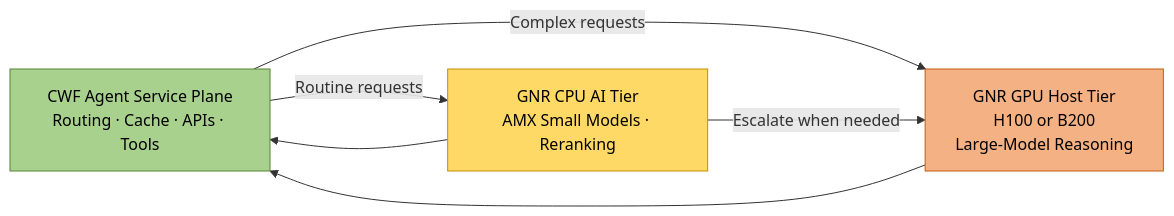
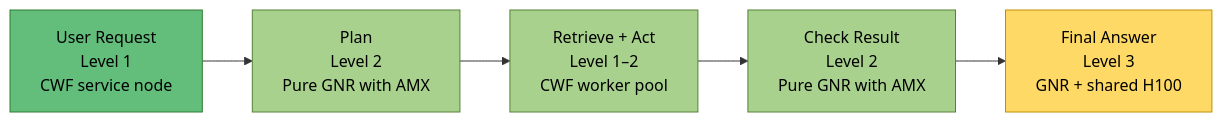
Before and after one commit to intel-ai-tce/ai-documents: the sixth of 6 diagrams in AEM/agent_workflow_optimization_cwf_gnr_gpu.md, drawn with Mermaid. The commit also changed other lines of this file, not shown here.

````diff
--- a/AEM/agent_workflow_optimization_cwf_gnr_gpu.md
+++ b/AEM/agent_workflow_optimization_cwf_gnr_gpu.md
@@ -250,20 +172,20 @@
 ```mermaid
 flowchart LR
-    A["CWF Agent Service Plane<br/>Routing · Cache · APIs · Tools"]
-    B["GNR CPU AI Tier<br/>AMX Small Models · Reranking"]
-    C["GNR GPU Host Tier<br/>H100 or B200<br/>Large-Model Reasoning"]
+    A["User Request<br/>Level 1<br/>CWF service node"]
+    B["Plan<br/>Level 2<br/>Pure GNR with AMX"]
+    C["Retrieve + Act<br/>Level 1–2<br/>CWF worker pool"]
+    D["Check Result<br/>Level 2<br/>Pure GNR with AMX"]
+    E["Final Answer<br/>Level 3<br/>GNR + shared H100"]
 
-    A -->|Routine requests| B
-    A -->|Complex requests| C
-    B -->|Escalate when needed| C
-    B --> A
-    C --> A
+    A --> B --> C --> D --> E
 
-    classDef cwf fill:#A9D18E,stroke:#548235,color:#000
-    classDef gnr fill:#FFD966,stroke:#BF9000,color:#000
-    classDef gpu fill:#F4B183,stroke:#C65911,color:#000
+    classDef level1 fill:#63BE7B,stroke:#2E7D32,color:#000
+    classDef level2 fill:#A9D18E,stroke:#548235,color:#000
+    classDef level3 fill:#FFD966,stroke:#BF9000,color:#000
+    classDef level4 fill:#F4B183,stroke:#C65911,color:#000
+    classDef level5 fill:#E06666,stroke:#990000,color:#fff
 
-    class A cwf
-    class B gnr
-    class C gpu
+    class A level1
+    class B,C,D level2
+    class E level3
 ```
````
